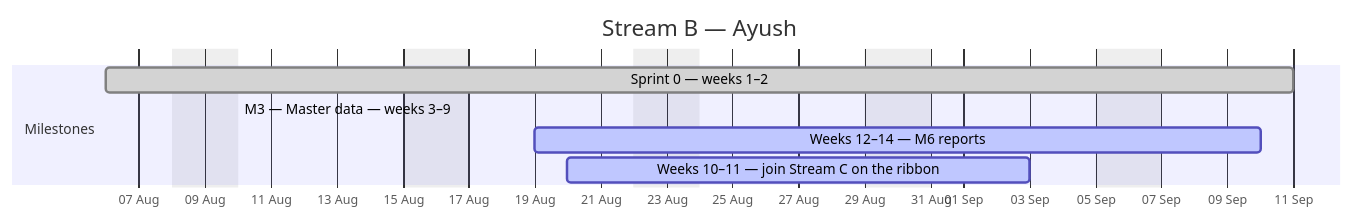
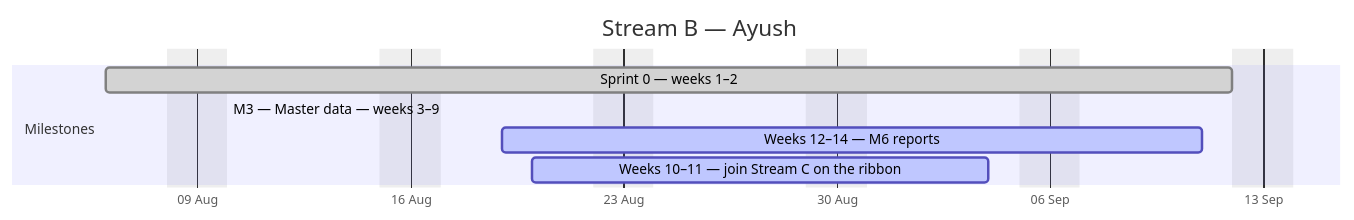
One commit to debashisedunext/EduTrack changed the second of 4 diagrams in docs/plan/GANTT.md. Above: the diagram before and after it, drawn with Mermaid. The commit also changed other lines of this file and 4 other files, not shown here.

````diff
--- a/docs/plan/GANTT.md
+++ b/docs/plan/GANTT.md
@@ -102,12 +102,12 @@
 ```mermaid
 gantt
     dateFormat YYYY-MM-DD
     axisFormat %d %b
     title Stream B — Ayush
     excludes weekends
     section Milestones
-    Sprint 0 — weeks 1–2 :done, b0, 2026-08-06, 26d
+    Sprint 0 — weeks 1–2 :done, b0, 2026-08-06, 27d
     M3 — Master data — weeks 3–9 :active, b1, 2026-08-10, -9d
-    Weeks 12–14 — M6 reports :active, b2, 2026-08-19, 16d
-    Weeks 10–11 — join Stream C on the ribbon :active, b3, 2026-08-20, 10d
+    Weeks 12–14 — M6 reports :active, b2, 2026-08-19, 17d
+    Weeks 10–11 — join Stream C on the ribbon :active, b3, 2026-08-20, 11d
 ```
````
